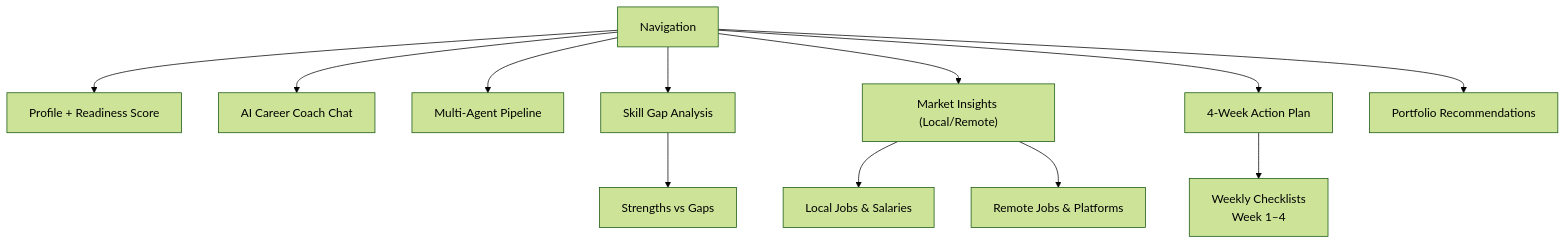
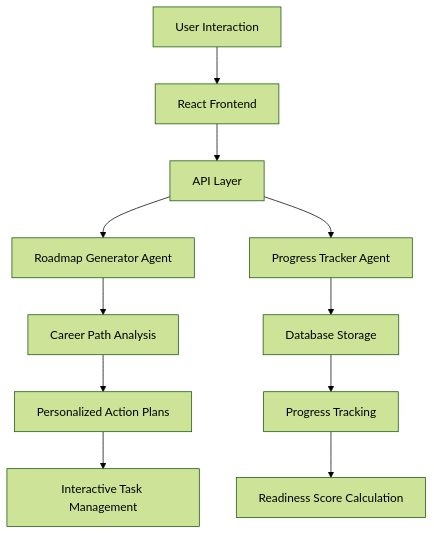
Before and after one commit to Alishba-Moin/CareerCompass: the first of 4 diagrams in .qoder/repowiki/en/content/Core Features/Action Planning System.md, drawn with Mermaid (forest theme). The commit also changed other lines of this file and 38 other files, not shown here.

Commit message:
Add Roadmap pdf download option

````diff
--- a/.qoder/repowiki/en/content/Core Features/Action Planning System.md
+++ b/.qoder/repowiki/en/content/Core Features/Action Planning System.md
@@ -35,14 +50,13 @@
 ```mermaid
 graph TB
-A["Navigation"] --> B["Profile + Readiness Score"]
-A --> C["AI Career Coach Chat"]
-A --> D["Multi-Agent Pipeline"]
-A --> E["Skill Gap Analysis"]
-A --> F["Market Insights (Local/Remote)"]
-A --> G["4-Week Action Plan"]
-A --> H["Portfolio Recommendations"]
-G --> I["Weekly Checklists<br/>Week 1–4"]
-E --> J["Strengths vs Gaps"]
-F --> K["Local Jobs & Salaries"]
-F --> L["Remote Jobs & Platforms"]
+A["User Interaction"] --> B["React Frontend"]
+B --> C["API Layer"]
+C --> D["Roadmap Generator Agent"]
+C --> E["Progress Tracker Agent"]
+D --> F["Career Path Analysis"]
+E --> G["Database Storage"]
+F --> H["Personalized Action Plans"]
+G --> I["Progress Tracking"]
+H --> J["Interactive Task Management"]
+I --> K["Readiness Score Calculation"]
 ```
````
